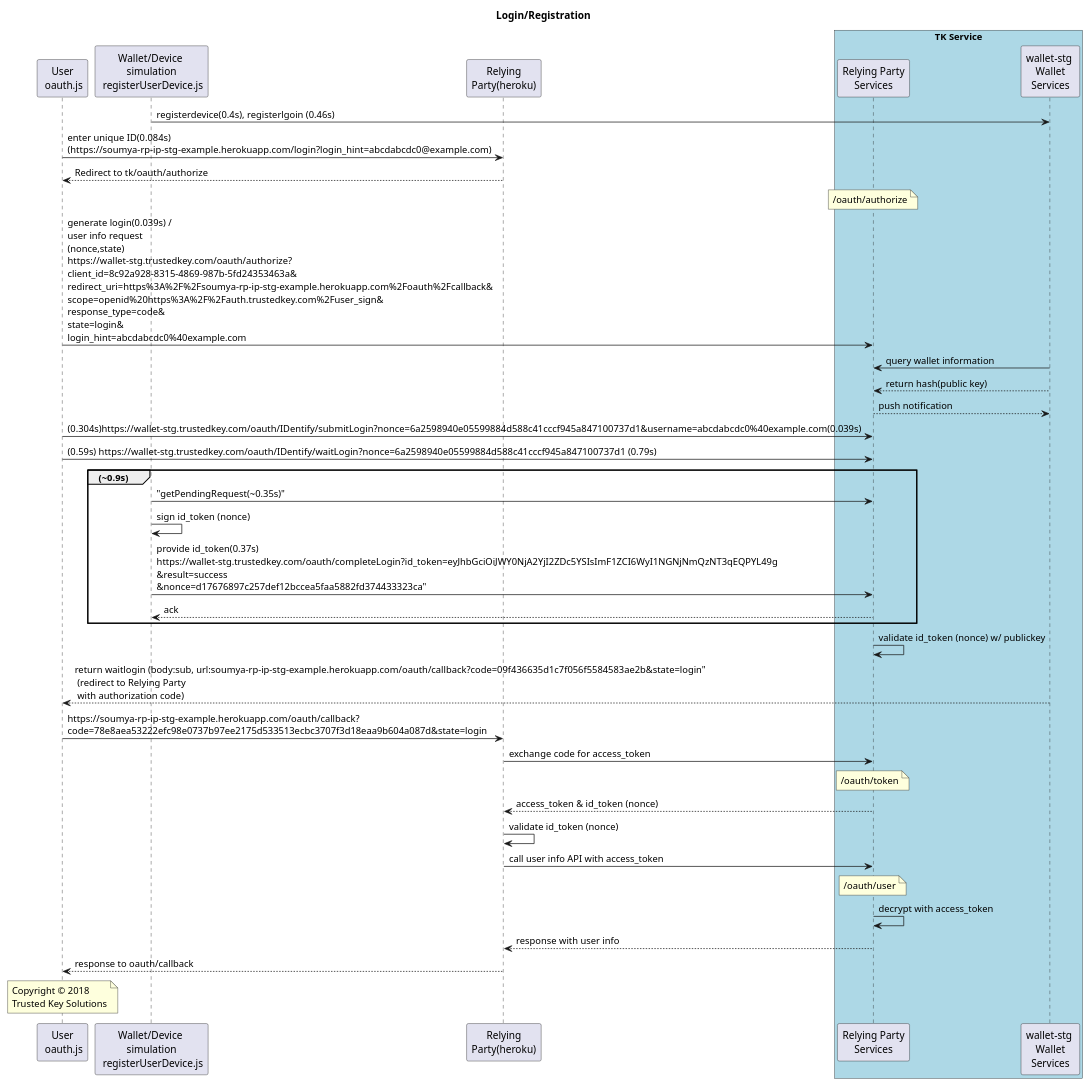
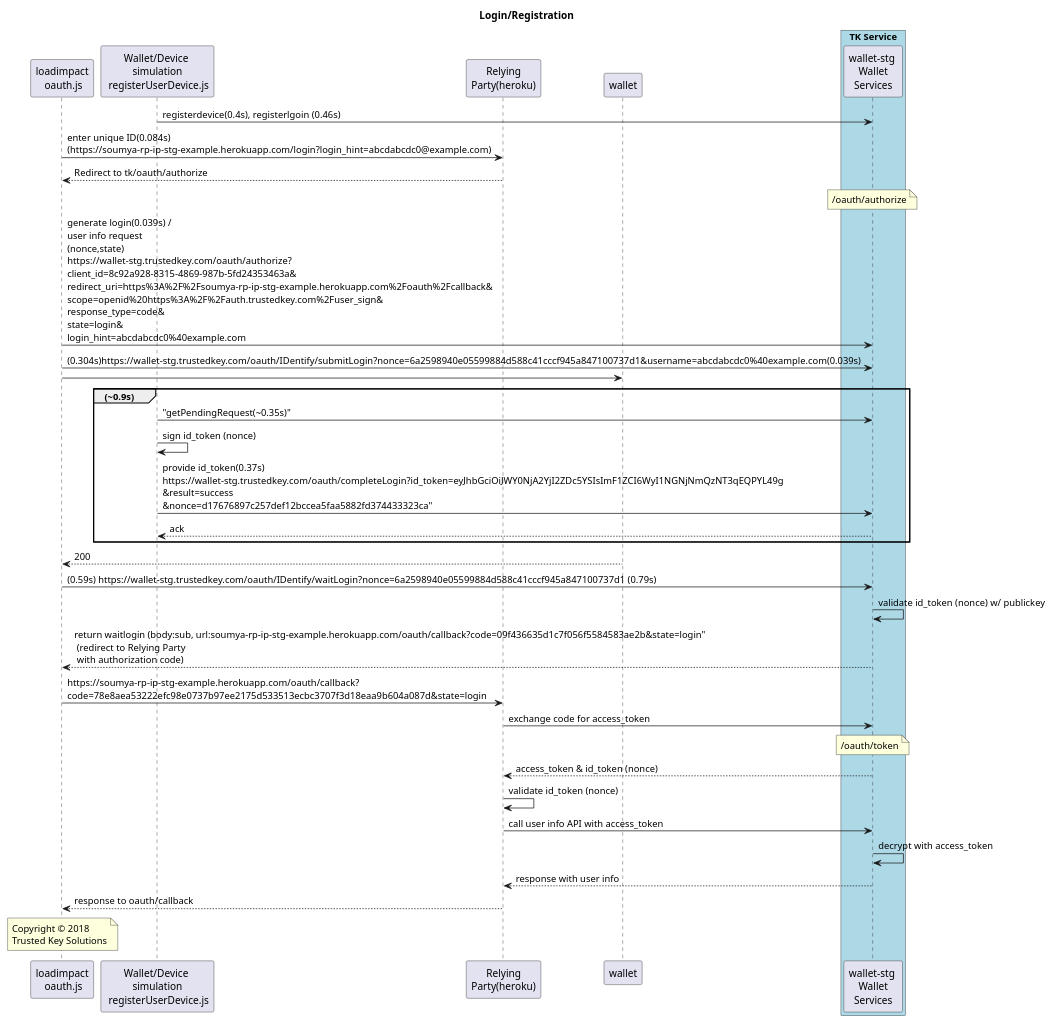
One commit to soumyaVPS/k6perf changed the diagram in Login-Registration v1.0.puml. Above: the diagram before and after it, drawn with PlantUML. The commit also changed 9 other files, not shown here.

```diff
--- a/Login-Registration v1.0.puml
+++ b/Login-Registration v1.0.puml
@@ -1,56 +1,51 @@
 @startuml
 
 title Login/Registration
 
-participant "User\n oauth.js" as User
+participant "loadimpact\n oauth.js" as User
 participant "Wallet/Device \n simulation \n registerUserDevice.js" as Wallet
 participant "Relying\nParty(heroku)" as RP
 participant "wallet-stg \nWallet\nServices" as WS
-participant "Relying Party\nServices" as RPS
-
+participant "wallet"
 box "TK Service" #LightBlue
-	participant RPS
 	participant WS
 end box
 
 
 Wallet->WS: registerdevice(0.4s), registerlgoin (0.46s)
 User->RP: enter unique ID(0.084s)\n(https://soumya-rp-ip-stg-example.herokuapp.com/login?login_hint=abcdabcdc0@example.com)
 RP-->User:Redirect to tk/oauth/authorize
-note over RPS: /oauth/authorize
-User->RPS: generate login(0.039s) / \nuser info request\n(nonce,state) \nhttps://wallet-stg.trustedkey.com/oauth/authorize?\nclient_id=8c92a928-8315-4869-987b-5fd24353463a&\nredirect_uri=https%3A%2F%2Fsoumya-rp-ip-stg-example.herokuapp.com%2Foauth%2Fcallback&\nscope=openid%20https%3A%2F%2Fauth.trustedkey.com%2Fuser_sign&\nresponse_type=code&\nstate=login&\nlogin_hint=abcdabcdc0%40example.com
+note over WS: /oauth/authorize
+User->WS: generate login(0.039s) / \nuser info request\n(nonce,state) \nhttps://wallet-stg.trustedkey.com/oauth/authorize?\nclient_id=8c92a928-8315-4869-987b-5fd24353463a&\nredirect_uri=https%3A%2F%2Fsoumya-rp-ip-stg-example.herokuapp.com%2Foauth%2Fcallback&\nscope=openid%20https%3A%2F%2Fauth.trustedkey.com%2Fuser_sign&\nresponse_type=code&\nstate=login&\nlogin_hint=abcdabcdc0%40example.com
 
-WS->RPS: query wallet information
-WS-->RPS: return hash(public key)
-RPS-->WS: push notification
+User->WS: (0.304s)https://wallet-stg.trustedkey.com/oauth/IDentify/submitLogin?nonce=6a2598940e05599884d588c41cccf945a847100737d1&username=abcdabcdc0%40example.com(0.039s)
+User->wallet
+group (~0.9s)
+Wallet->WS: "getPendingRequest(~0.35s)"
+Wallet->Wallet: sign id_token (nonce)
+Wallet->WS: provide id_token(0.37s) \nhttps://wallet-stg.trustedkey.com/oauth/completeLogin?id_token=eyJhbGciOiJWY0NjA2YjI2ZDc5YSIsImF1ZCI6WyI1NGNjNmQzNT3qEQPYL49g\n&result=success\n&nonce=d17676897c257def12bccea5faa5882fd374433323ca"
+WS-->Wallet: ack
+end
+wallet-->User: 200
 
-User->RPS: (0.304s)https://wallet-stg.trustedkey.com/oauth/IDentify/submitLogin?nonce=6a2598940e05599884d588c41cccf945a847100737d1&username=abcdabcdc0%40example.com(0.039s)
-User->RPS: (0.59s) https://wallet-stg.trustedkey.com/oauth/IDentify/waitLogin?nonce=6a2598940e05599884d588c41cccf945a847100737d1 (0.79s)
+User->WS: (0.59s) https://wallet-stg.trustedkey.com/oauth/IDentify/waitLogin?nonce=6a2598940e05599884d588c41cccf945a847100737d1 (0.79s)
 
-group (~0.9s)
-Wallet->RPS: "getPendingRequest(~0.35s)"
-Wallet->Wallet: sign id_token (nonce)
-Wallet->RPS: provide id_token(0.37s) \nhttps://wallet-stg.trustedkey.com/oauth/completeLogin?id_token=eyJhbGciOiJWY0NjA2YjI2ZDc5YSIsImF1ZCI6WyI1NGNjNmQzNT3qEQPYL49g\n&result=success\n&nonce=d17676897c257def12bccea5faa5882fd374433323ca"
-RPS-->Wallet: ack
-end
-
-RPS->RPS: validate id_token (nonce) w/ publickey
+WS->WS: validate id_token (nonce) w/ publickey
 WS-->User: return waitlogin (body:sub, url:soumya-rp-ip-stg-example.herokuapp.com/oauth/callback?code=09f436635d1c7f056f5584583ae2b&state=login"\n (redirect to Relying Party\n with authorization code)
 User->RP: https://soumya-rp-ip-stg-example.herokuapp.com/oauth/callback?\ncode=78e8aea53222efc98e0737b97ee2175d533513ecbc3707f3d18eaa9b604a087d&state=login
 
-RP->RPS: exchange code for access_token
-note over RPS: /oauth/token
-RPS-->RP: access_token & id_token (nonce)
+RP->WS: exchange code for access_token
+note over WS: /oauth/token
+WS-->RP: access_token & id_token (nonce)
 RP->RP: validate id_token (nonce)
 
-RP->RPS: call user info API with access_token
-note over RPS: /oauth/user
+RP->WS: call user info API with access_token
 
-RPS->RPS: decrypt with access_token
-RPS-->RP: response with user info
+WS->WS: decrypt with access_token
+WS-->RP: response with user info
 RP-->User: response to oauth/callback
 
 
 note over User: Copyright © 2018\nTrusted Key Solutions
 
 @enduml
```
